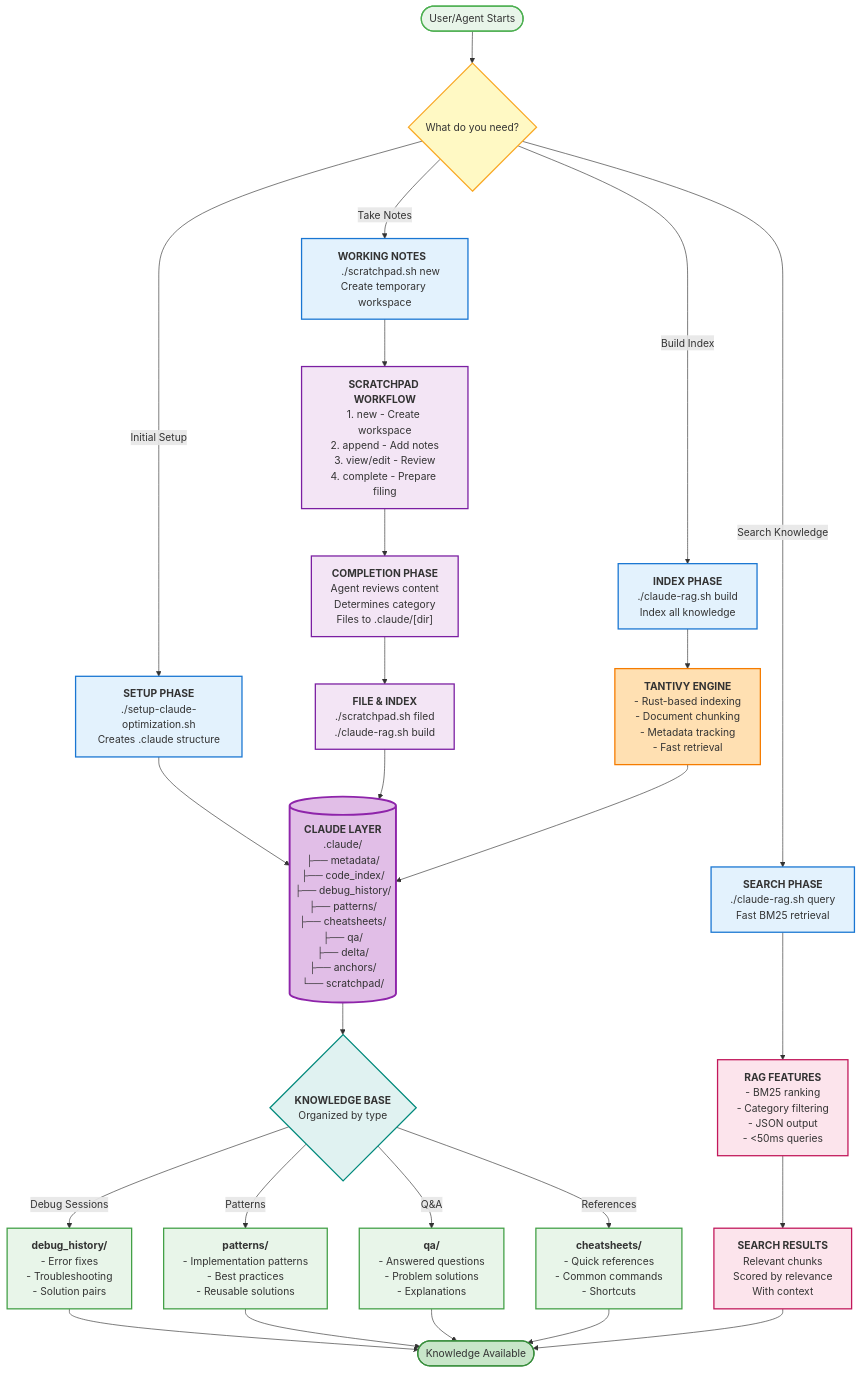
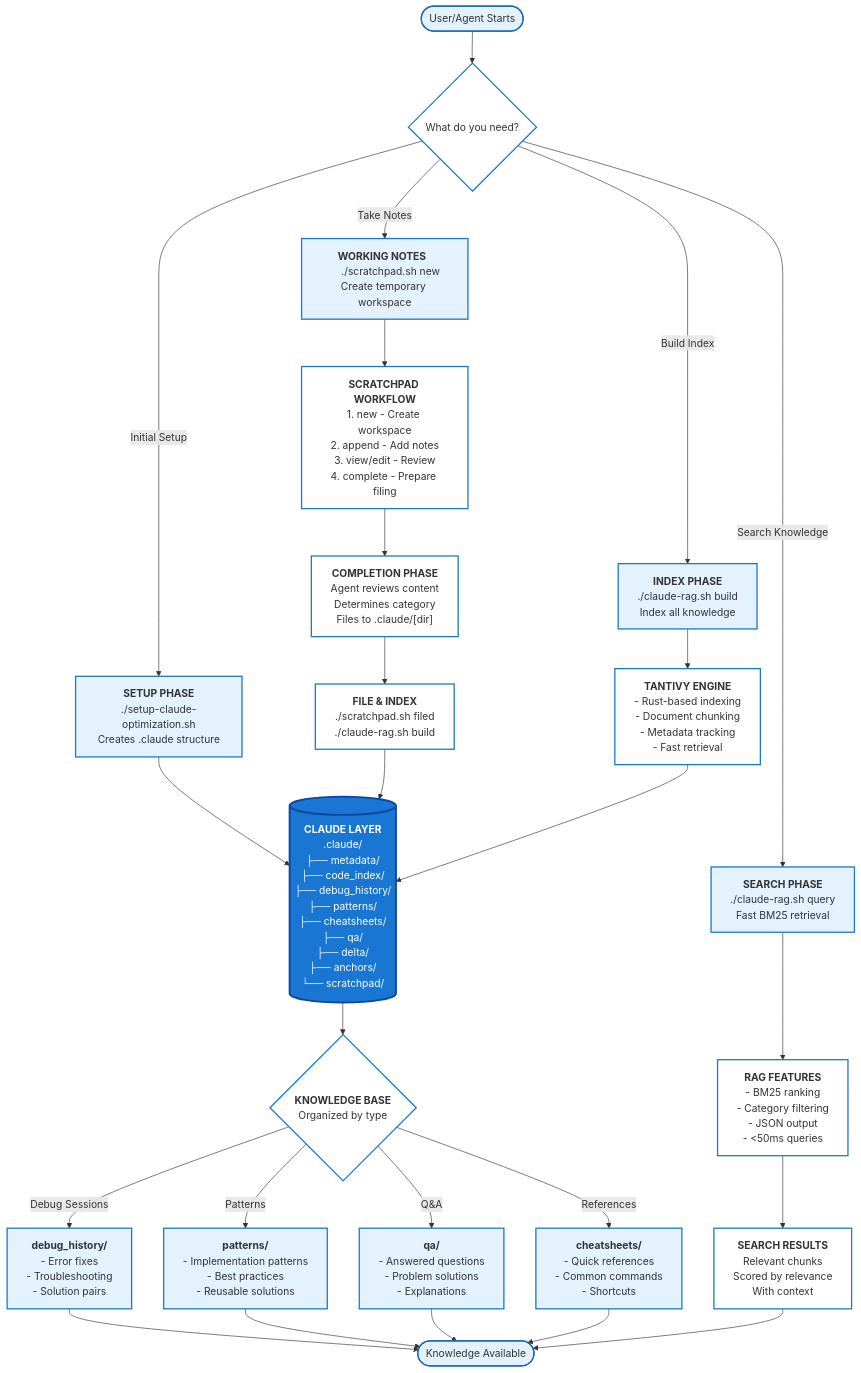
The diagram in README.md (larock22/llm-agent-tools), drawn with Mermaid before and after one commit.

Commit message:
Update flowchart to clean blue and white color scheme for better readability

````diff
--- a/README.md
+++ b/README.md
@@ -100,23 +100,23 @@
     Refs --> End
     Results --> End
     
-    style Start fill:#e8f5e9,stroke:#4caf50,stroke-width:2px
-    style Choice fill:#fff9c4,stroke:#f9a825,stroke-width:2px
-    style Claude fill:#e1bee7,stroke:#8e24aa,stroke-width:3px
-    style Knowledge fill:#e0f2f1,stroke:#00897b,stroke-width:2px
-    style End fill:#c8e6c9,stroke:#388e3c,stroke-width:2px
-    style RAG fill:#fce4ec,stroke:#c2185b,stroke-width:2px
-    style Tantivy fill:#ffe0b2,stroke:#f57c00,stroke-width:2px
+    style Start fill:#e3f2fd,stroke:#1565c0,stroke-width:2px
+    style Choice fill:#ffffff,stroke:#1976d2,stroke-width:2px
+    style Claude fill:#1976d2,stroke:#0d47a1,stroke-width:3px,color:#fff
+    style Knowledge fill:#ffffff,stroke:#1976d2,stroke-width:2px
+    style End fill:#e3f2fd,stroke:#1565c0,stroke-width:2px
+    style RAG fill:#ffffff,stroke:#1976d2,stroke-width:2px
+    style Tantivy fill:#ffffff,stroke:#1976d2,stroke-width:2px
     style Setup fill:#e3f2fd,stroke:#1976d2,stroke-width:2px
     style Scratch fill:#e3f2fd,stroke:#1976d2,stroke-width:2px
     style Search fill:#e3f2fd,stroke:#1976d2,stroke-width:2px
     style Index fill:#e3f2fd,stroke:#1976d2,stroke-width:2px
-    style Work fill:#f3e5f5,stroke:#7b1fa2,stroke-width:2px
-    style Complete fill:#f3e5f5,stroke:#7b1fa2,stroke-width:2px
-    style Filed fill:#f3e5f5,stroke:#7b1fa2,stroke-width:2px
-    style Debug fill:#e8f5e9,stroke:#43a047,stroke-width:2px
-    style Patterns fill:#e8f5e9,stroke:#43a047,stroke-width:2px
-    style QA fill:#e8f5e9,stroke:#43a047,stroke-width:2px
-    style Refs fill:#e8f5e9,stroke:#43a047,stroke-width:2px
-    style Results fill:#fce4ec,stroke:#c2185b,stroke-width:2px
+    style Work fill:#ffffff,stroke:#1976d2,stroke-width:2px
+    style Complete fill:#ffffff,stroke:#1976d2,stroke-width:2px
+    style Filed fill:#ffffff,stroke:#1976d2,stroke-width:2px
+    style Debug fill:#e3f2fd,stroke:#1976d2,stroke-width:2px
+    style Patterns fill:#e3f2fd,stroke:#1976d2,stroke-width:2px
+    style QA fill:#e3f2fd,stroke:#1976d2,stroke-width:2px
+    style Refs fill:#e3f2fd,stroke:#1976d2,stroke-width:2px
+    style Results fill:#ffffff,stroke:#1976d2,stroke-width:2px
 ```
````
